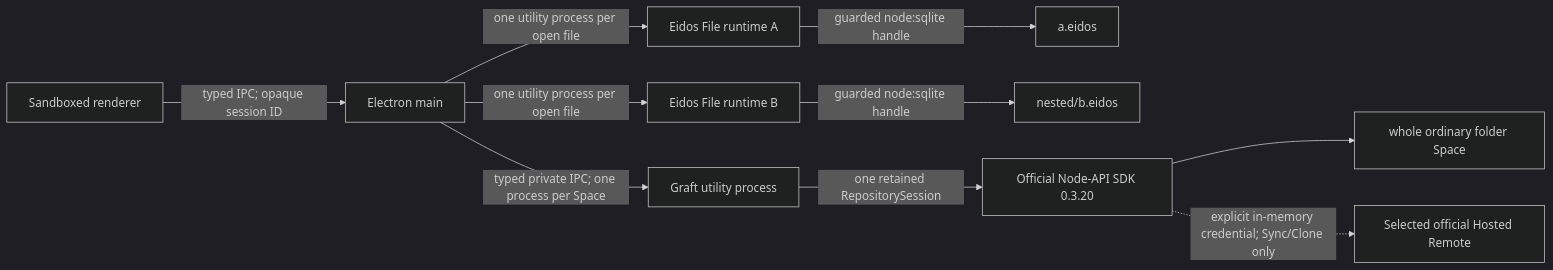
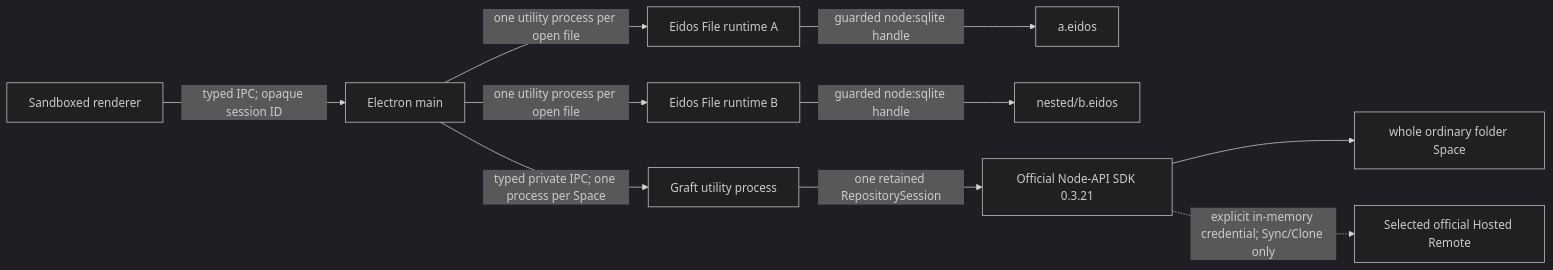
Before and after one commit to mayneyao/eidos: the first of 3 diagrams in apps/eidos-lite-desktop/docs/ARCHITECTURE.md, drawn with Mermaid (dark theme). The commit also changed other lines of this file and 10 other files, not shown here.

````diff
--- a/apps/eidos-lite-desktop/docs/ARCHITECTURE.md
+++ b/apps/eidos-lite-desktop/docs/ARCHITECTURE.md
@@ -58,12 +58,12 @@
 ```mermaid
 flowchart LR
   R["Sandboxed renderer"] -->|"typed IPC; opaque session ID"| M["Electron main"]
   M -->|"one utility process per open file"| F1["Eidos File runtime A"]
   M -->|"one utility process per open file"| F2["Eidos File runtime B"]
   F1 -->|"guarded node:sqlite handle"| E1["a.eidos"]
   F2 -->|"guarded node:sqlite handle"| E2["nested/b.eidos"]
   M -->|"typed private IPC; one process per Space"| G["Graft utility process"]
-  G -->|"one retained RepositorySession"| N["Official Node-API SDK 0.3.20"]
+  G -->|"one retained RepositorySession"| N["Official Node-API SDK 0.3.21"]
   N --> S["whole ordinary folder Space"]
   N -. "explicit in-memory credential; Sync/Clone only" .-> H["Selected official Hosted Remote"]
 ```
````
